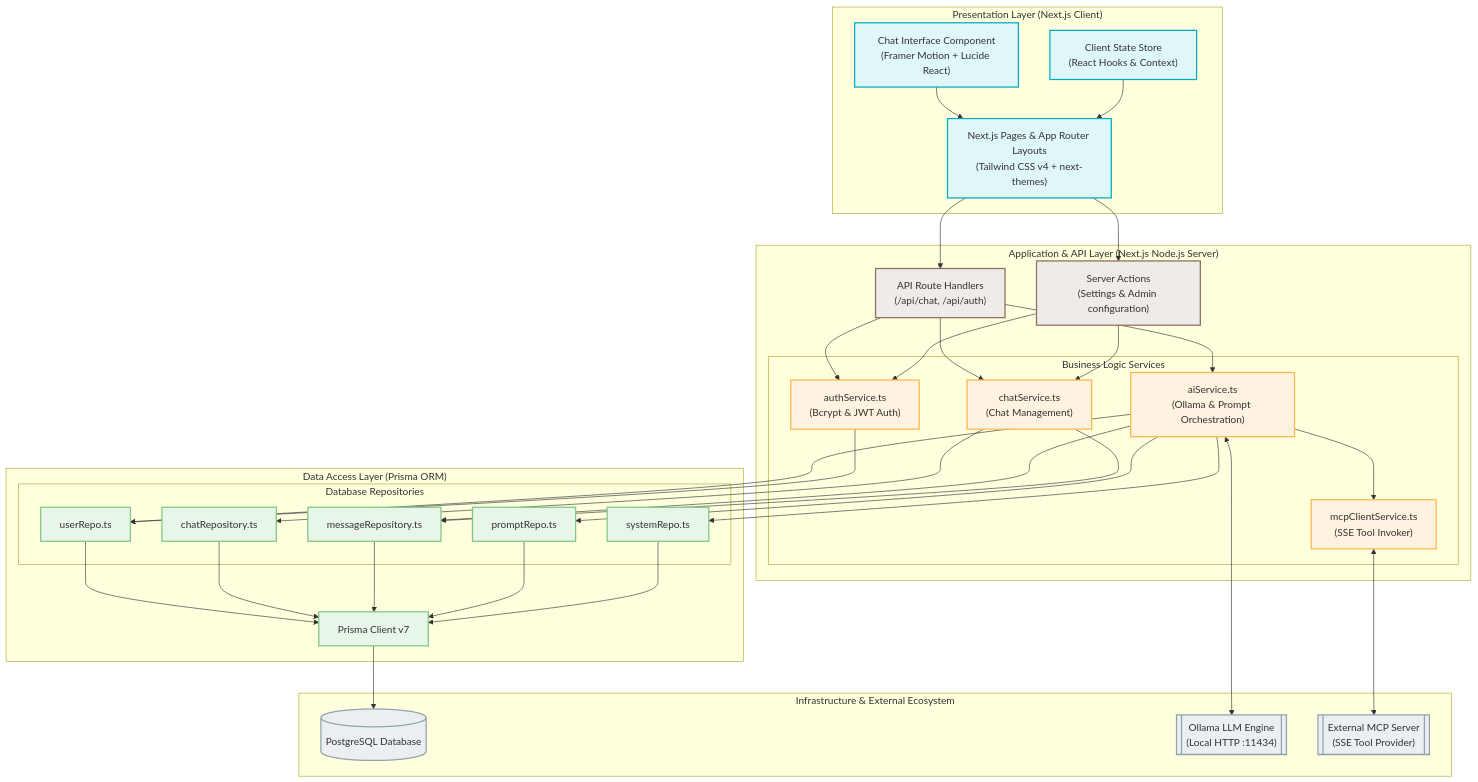
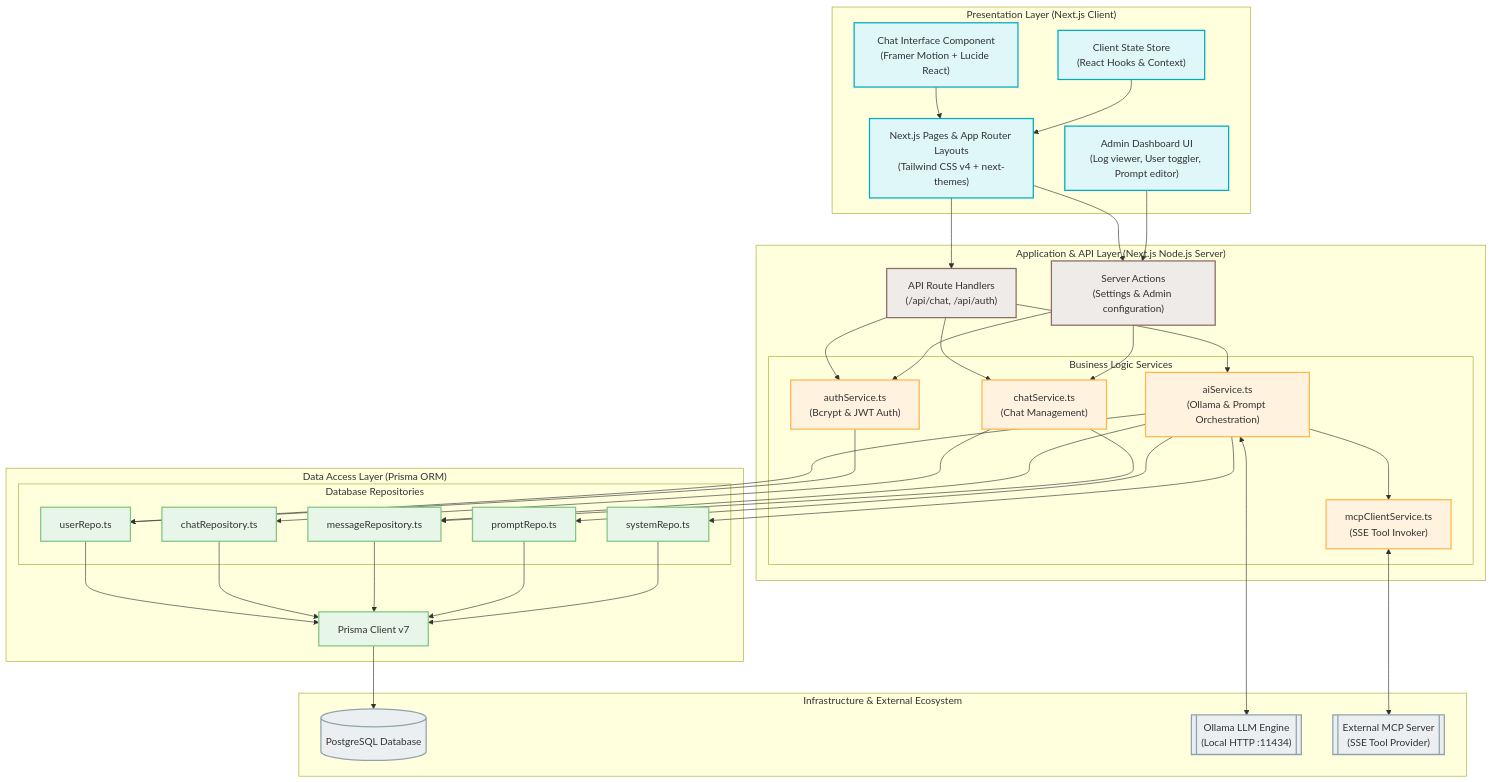
One commit to mohabzalat22/heart-disease changed the first of 8 diagrams in docs/diagrams.md. Above: the diagram before and after it, drawn with Mermaid. The commit also changed other lines of this file, not shown here.

Commit message:
doc: adding activity, class and methodology diagrams

```diff
--- a/docs/diagrams.md
+++ b/docs/diagrams.md
@@ -23,6 +26,7 @@
     subgraph Client ["Presentation Layer (Next.js Client)"]
         UI["Next.js Pages & App Router Layouts<br/>(Tailwind CSS v4 + next-themes)"]
         ChatUI["Chat Interface Component<br/>(Framer Motion + Lucide React)"]
+        AdminUI["Admin Dashboard UI<br/>(Log viewer, User toggler, Prompt editor)"]
         Store["Client State Store<br/>(React Hooks & Context)"]
     end
 
@@ -58,6 +62,7 @@
     %% Component Interconnections
     UI --> API
     UI --> Actions
+    AdminUI --> Actions
     ChatUI --> UI
     Store --> UI
 
@@ -93,7 +98,7 @@
     classDef data fill:#e8f5e9,stroke:#81c784,stroke-width:2px;
     classDef infra fill:#eceff1,stroke:#90a4ae,stroke-width:2px;
 
-    class UI,ChatUI,Store client;
+    class UI,ChatUI,AdminUI,Store client;
     class API,Actions server;
     class AI,MCP,CS,AS services;
     class Prisma,UR,CR,MR,PR,SR data;
```
